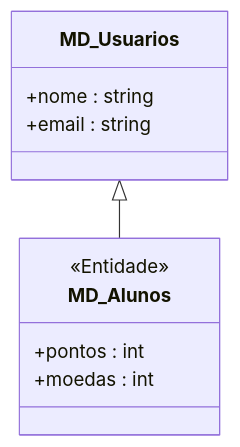
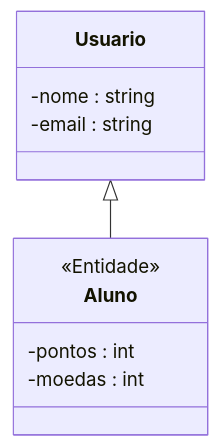
One commit to MayconDIS/PIM_III-Documentacao_UML changed the third of 30 diagrams in 01_Relatorios_e_Dashboard/DASHBOARD_VISUAL.md. Above: the diagram before and after it, drawn with Mermaid. The commit also changed other lines of this file and 234 other files, not shown here.

````diff
--- a/01_Relatorios_e_Dashboard/DASHBOARD_VISUAL.md
+++ b/01_Relatorios_e_Dashboard/DASHBOARD_VISUAL.md
@@ -84,13 +81,13 @@
 ```mermaid
 classDiagram
-    MD_Usuarios <|-- MD_Alunos
-    class MD_Usuarios {
-        +nome : string
-        +email : string
+    Usuario <|-- Aluno
+    class Usuario {
+        -nome : string
+        -email : string
     }
-    class MD_Alunos {
+    class Aluno {
         <<Entidade>>
-        +pontos : int
-        +moedas : int
+        -pontos : int
+        -moedas : int
     }
 ```
````
